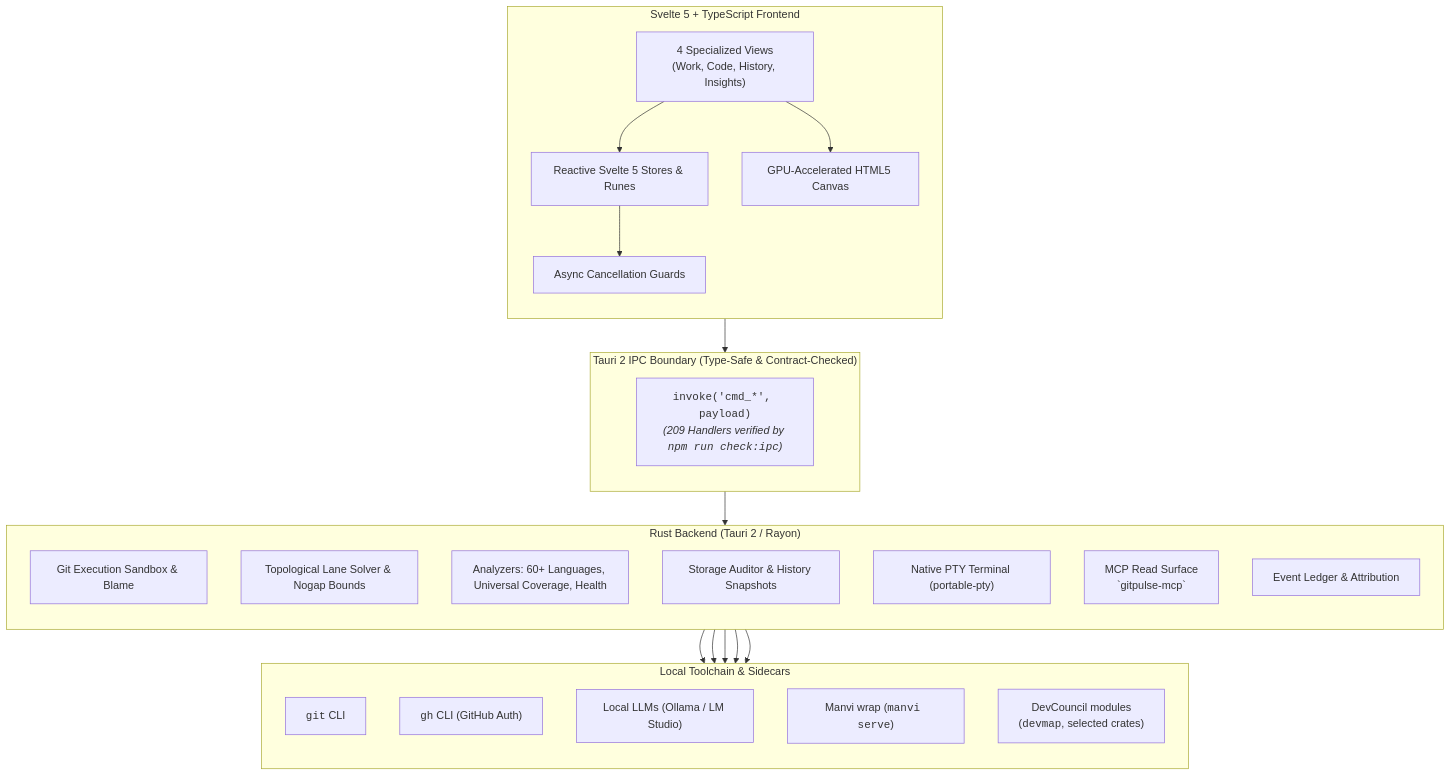
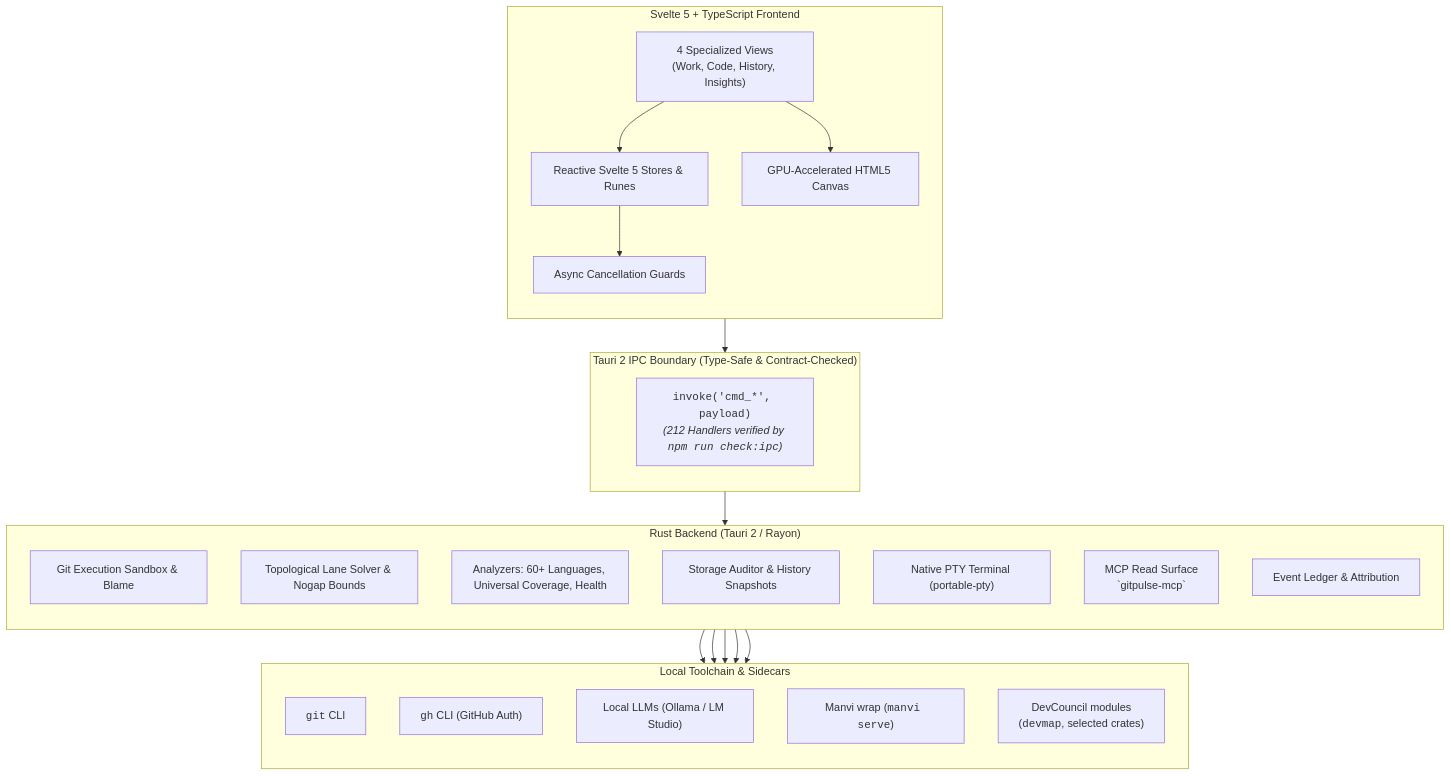
The first of 4 diagrams in README.md (bharathvbcr/GitPulse), drawn with Mermaid before and after one commit. The commit also changed other lines of this file and 91 other files, not shown here.

````diff
--- a/README.md
+++ b/README.md
@@ -72,47 +72,47 @@
 ```mermaid
 flowchart TB
     subgraph Frontend["Svelte 5 + TypeScript Frontend"]
         direction TB
         Views["4 Specialized Views<br/>(Work, Code, History, Insights)"]
         Stores["Reactive Svelte 5 Stores & Runes"]
         CanvasEngine["GPU-Accelerated HTML5 Canvas"]
         AsyncGuards["Async Cancellation Guards"]
         
         Views --> Stores
         Views --> CanvasEngine
         Stores --> AsyncGuards
     end
 
     subgraph IPC["Tauri 2 IPC Boundary (Type-Safe & Contract-Checked)"]
         direction TB
-        IPCBridge["<code>invoke('cmd_*', payload)</code><br/><i>(209 Handlers verified by <code>npm run check:ipc</code>)</i>"]
+        IPCBridge["<code>invoke('cmd_*', payload)</code><br/><i>(212 Handlers verified by <code>npm run check:ipc</code>)</i>"]
     end
 
     subgraph Backend["Rust Backend (Tauri 2 / Rayon)"]
         direction TB
         GitSandbox["Git Execution Sandbox & Blame"]
         GraphSolver["Topological Lane Solver & Nogap Bounds"]
         Analyzers["Analyzers: 60+ Languages, Universal Coverage, Health"]
         StorageEngine["Storage Auditor & History Snapshots"]
         TerminalPTY["Native PTY Terminal (portable-pty)"]
         MCPServer["MCP Read Surface<br/>`gitpulse-mcp`"]
         Ledger["Event Ledger & Attribution"]
     end
 
     subgraph LocalTools["Local Toolchain & Sidecars"]
         direction TB
         GitCLI["<code>git</code> CLI"]
         GhCLI["<code>gh</code> CLI (GitHub Auth)"]
         LocalAI["Local LLMs (Ollama / LM Studio)"]
         ManviSidecar["Manvi wrap (<code>manvi serve</code>)"]
         DevCouncilMods["DevCouncil modules<br/>(<code>devmap</code>, selected crates)"]
     end
 
     AsyncGuards --> IPCBridge
     IPCBridge --> Backend
     GitSandbox --> GitCLI
     Analyzers --> GhCLI
     Analyzers --> LocalAI
     Backend --> ManviSidecar
     Backend --> DevCouncilMods
 ```
````
